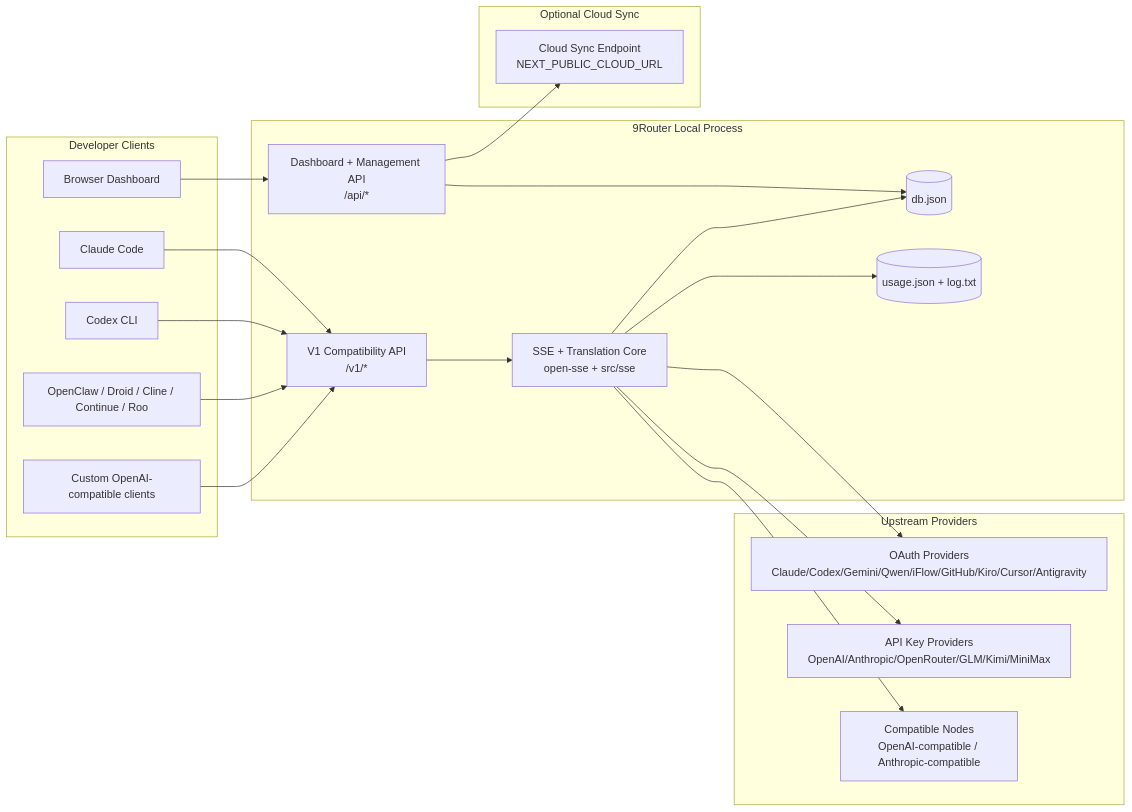
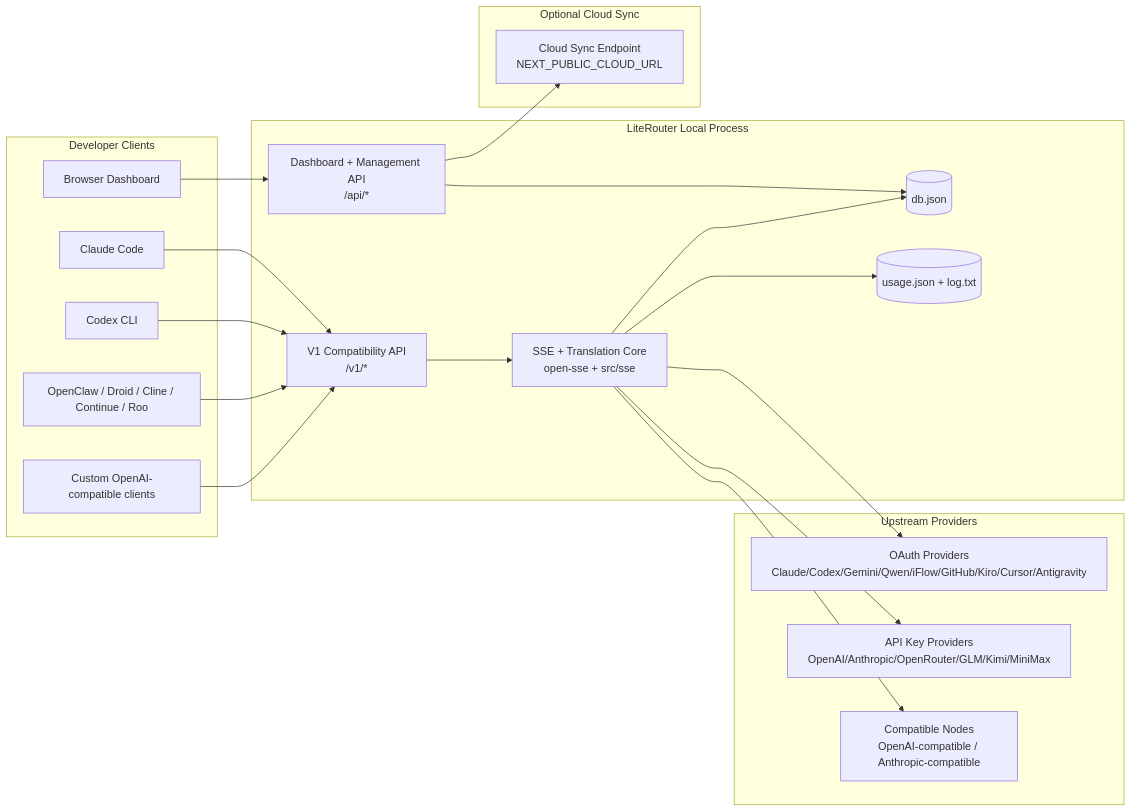
Before and after one commit to raufimusaddiq/literouter: the first of 7 diagrams in docs/ARCHITECTURE.md, drawn with Mermaid. The commit also changed other lines of this file and 152 other files, not shown here.

Commit message:
feat: rebrand dashboard and docs as LiteRouter

````diff
--- a/docs/ARCHITECTURE.md
+++ b/docs/ARCHITECTURE.md
@@ -45,45 +45,45 @@
 ```mermaid
 flowchart LR
     subgraph Clients[Developer Clients]
         C1[Claude Code]
         C2[Codex CLI]
         C3[OpenClaw / Droid / Cline / Continue / Roo]
         C4[Custom OpenAI-compatible clients]
         BROWSER[Browser Dashboard]
     end
 
-    subgraph Router[9Router Local Process]
+    subgraph Router[LiteRouter Local Process]
         API[V1 Compatibility API\n/v1/*]
         DASH[Dashboard + Management API\n/api/*]
         CORE[SSE + Translation Core\nopen-sse + src/sse]
         DB[(db.json)]
         UDB[(usage.json + log.txt)]
     end
 
     subgraph Upstreams[Upstream Providers]
         P1[OAuth Providers\nClaude/Codex/Gemini/Qwen/iFlow/GitHub/Kiro/Cursor/Antigravity]
         P2[API Key Providers\nOpenAI/Anthropic/OpenRouter/GLM/Kimi/MiniMax]
         P3[Compatible Nodes\nOpenAI-compatible / Anthropic-compatible]
     end
 
     subgraph Cloud[Optional Cloud Sync]
         CLOUD[Cloud Sync Endpoint\nNEXT_PUBLIC_CLOUD_URL]
     end
 
     C1 --> API
     C2 --> API
     C3 --> API
     C4 --> API
     BROWSER --> DASH
 
     API --> CORE
     DASH --> DB
     CORE --> DB
     CORE --> UDB
 
     CORE --> P1
     CORE --> P2
     CORE --> P3
 
     DASH --> CLOUD
 ```
````
